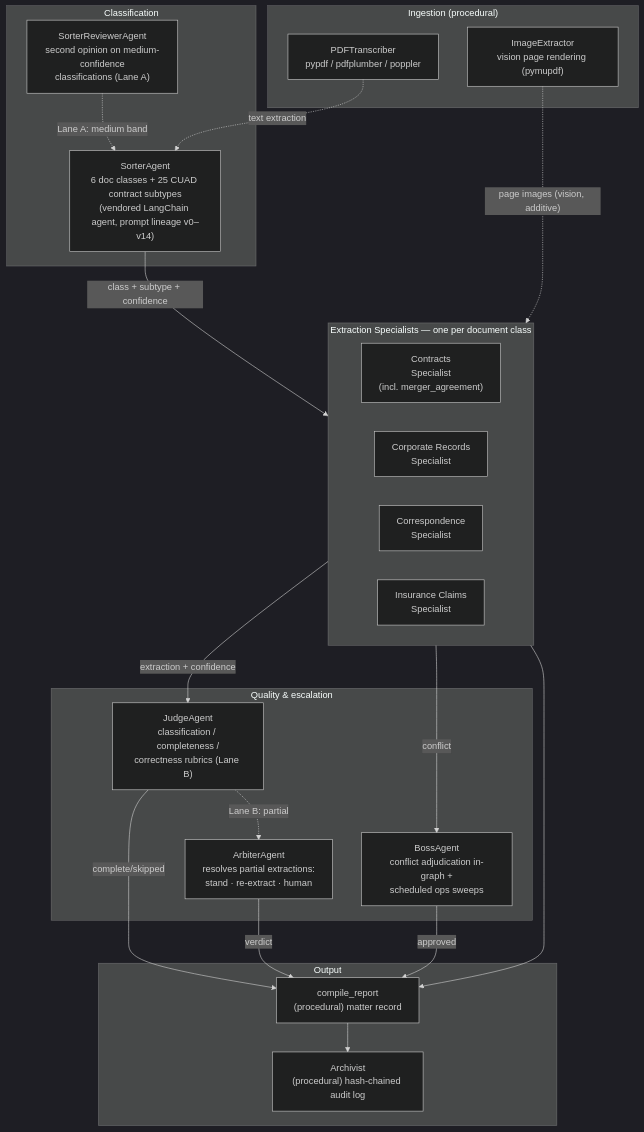
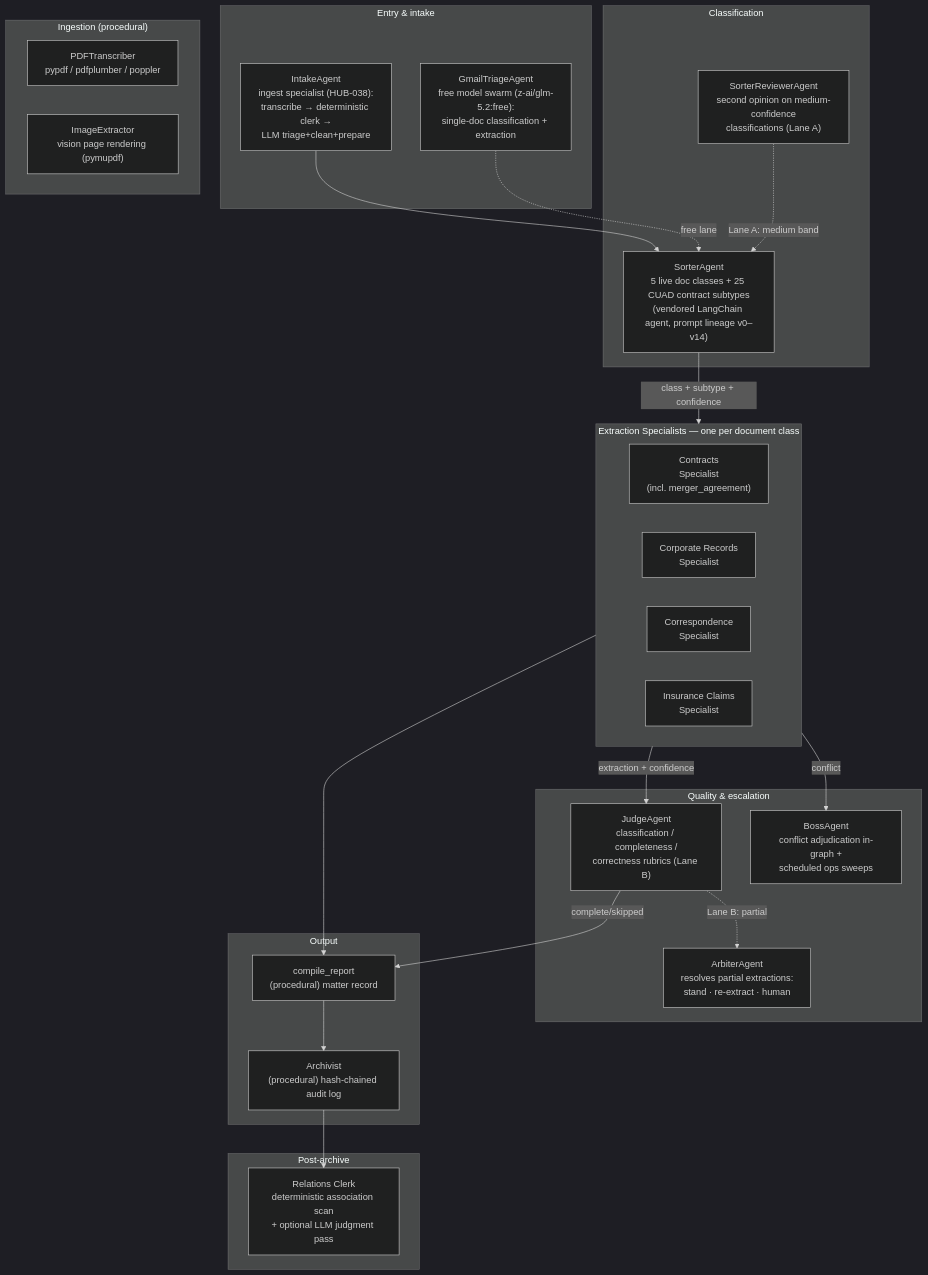
Before and after one commit to Exios66/llm-mailroom: the second of 2 diagrams in README.md, drawn with Mermaid (dark theme). The commit also changed other lines of this file and 4 other files, not shown here.

````diff
--- a/README.md
+++ b/README.md
@@ -188,43 +198,51 @@
 ```mermaid
 flowchart TB
+    subgraph ENTRY["Entry & intake"]
+        INTAKE["IntakeAgent<br/>ingest specialist (HUB-038):<br/>transcribe → deterministic clerk →<br/>LLM triage+clean+prepare"]
+        GMAIL["GmailTriageAgent<br/>free model swarm (z-ai/glm-5.2:free):<br/>single-doc classification + extraction"]
+    end
+
     subgraph CLASSIFY["Classification"]
-        SORTER["SorterAgent<br/>6 doc classes + 25 CUAD contract subtypes<br/>(vendored LangChain agent, prompt lineage v0–v14)"]
+        SORTER["SorterAgent<br/>5 live doc classes + 25 CUAD contract subtypes<br/>(vendored LangChain agent, prompt lineage v0–v14)"]
         REVIEWER["SorterReviewerAgent<br/>second opinion on medium-confidence<br/>classifications (Lane A)"]
     end
 
     subgraph SPECIALISTS["Extraction Specialists — one per document class"]
         CONTRACTS["Contracts<br/>Specialist<br/>(incl. merger_agreement)"]
         CORP["Corporate Records<br/>Specialist"]
         CORR["Correspondence<br/>Specialist"]
         INS["Insurance Claims<br/>Specialist"]
     end
 
     subgraph QUALITY["Quality & escalation"]
         JUDGE["JudgeAgent<br/>classification / completeness /<br/>correctness rubrics (Lane B)"]
         ARBITER["ArbiterAgent<br/>resolves partial extractions:<br/>stand · re-extract · human"]
         BOSS["BossAgent<br/>conflict adjudication in-graph +<br/>scheduled ops sweeps"]
     end
 
     subgraph OUTPUT["Output"]
         REPORTER["compile_report<br/>(procedural) matter record"]
         ARCHIVIST["Archivist<br/>(procedural) hash-chained audit log"]
     end
 
+    subgraph POST["Post-archive"]
+        RELATIONS["Relations Clerk<br/>deterministic association scan<br/>+ optional LLM judgment pass"]
+    end
+
     subgraph INGEST2["Ingestion (procedural)"]
         PDF["PDFTranscriber<br/>pypdf / pdfplumber / poppler"]
         IMG["ImageExtractor<br/>vision page rendering (pymupdf)"]
     end
 
+    INTAKE --> SORTER
+    GMAIL -.->|free lane| SORTER
     SORTER -- "class + subtype + confidence" --> SPECIALISTS
     REVIEWER -. "Lane A: medium band" .-> SORTER
     SPECIALISTS -- "extraction + confidence" --> JUDGE
     JUDGE -. "Lane B: partial" .-> ARBITER
     SPECIALISTS -- "conflict" --> BOSS
     SPECIALISTS --> REPORTER
     JUDGE -- "complete/skipped" --> REPORTER
-    ARBITER -- "verdict" --> REPORTER
-    BOSS -- "approved" --> REPORTER
     REPORTER --> ARCHIVIST
-    PDF -. "text extraction" .-> SORTER
-    IMG -. "page images (vision, additive)" .-> SPECIALISTS
+    ARCHIVIST --> RELATIONS
 ```
````
